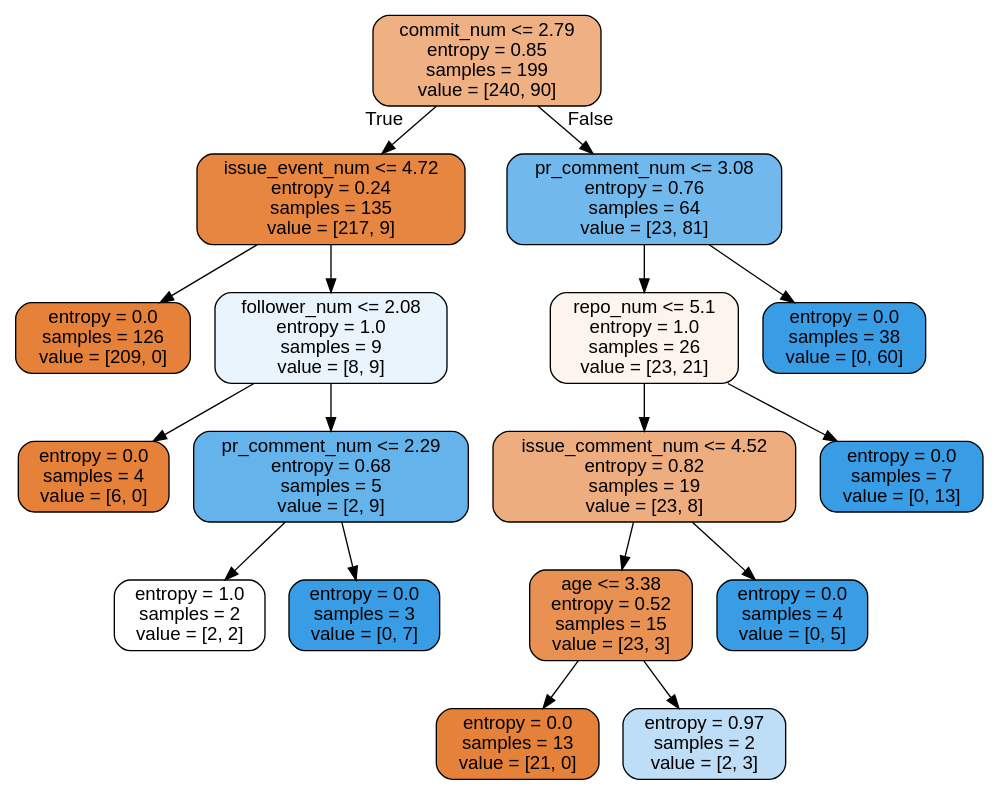
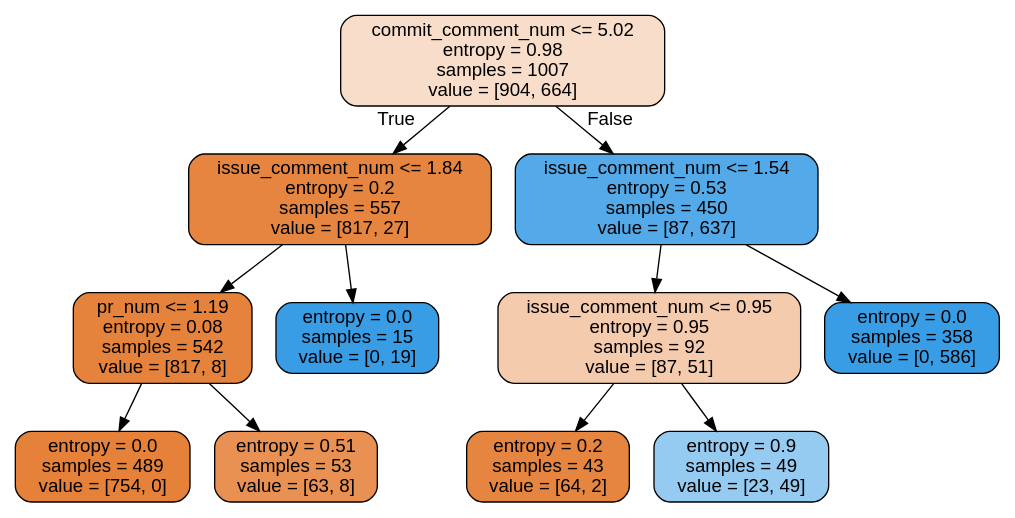
Before and after one commit to lancepokaiwang/GitHub-Recommender-System: the diagram in python37/user_cluster/user_forest_2c.dot, drawn with Graphviz. The commit also changed 21 other files, not shown here.

```diff
--- a/python37/user_cluster/user_forest_2c.dot
+++ b/python37/user_cluster/user_forest_2c.dot
@@ -1,37 +1,25 @@
 digraph Tree {
 node [shape=box, style="filled, rounded", color="black", fontname=helvetica] ;
 edge [fontname=helvetica] ;
-0 [label="commit_num <= 2.79\nentropy = 0.85\nsamples = 199\nvalue = [240, 90]", fillcolor="#efb083"] ;
-1 [label="issue_event_num <= 4.72\nentropy = 0.24\nsamples = 135\nvalue = [217, 9]", fillcolor="#e68641"] ;
+0 [label="commit_comment_num <= 5.02\nentropy = 0.98\nsamples = 1007\nvalue = [904, 664]", fillcolor="#f8deca"] ;
+1 [label="issue_comment_num <= 1.84\nentropy = 0.2\nsamples = 557\nvalue = [817, 27]", fillcolor="#e68540"] ;
 0 -> 1 [labeldistance=2.5, labelangle=45, headlabel="True"] ;
-2 [label="entropy = 0.0\nsamples = 126\nvalue = [209, 0]", fillcolor="#e58139"] ;
+2 [label="pr_num <= 1.19\nentropy = 0.08\nsamples = 542\nvalue = [817, 8]", fillcolor="#e5823b"] ;
 1 -> 2 ;
-3 [label="follower_num <= 2.08\nentropy = 1.0\nsamples = 9\nvalue = [8, 9]", fillcolor="#e9f4fc"] ;
-1 -> 3 ;
-4 [label="entropy = 0.0\nsamples = 4\nvalue = [6, 0]", fillcolor="#e58139"] ;
-3 -> 4 ;
-5 [label="pr_comment_num <= 2.29\nentropy = 0.68\nsamples = 5\nvalue = [2, 9]", fillcolor="#65b3eb"] ;
-3 -> 5 ;
-6 [label="entropy = 1.0\nsamples = 2\nvalue = [2, 2]", fillcolor="#ffffff"] ;
-5 -> 6 ;
-7 [label="entropy = 0.0\nsamples = 3\nvalue = [0, 7]", fillcolor="#399de5"] ;
-5 -> 7 ;
-8 [label="pr_comment_num <= 3.08\nentropy = 0.76\nsamples = 64\nvalue = [23, 81]", fillcolor="#71b9ec"] ;
-0 -> 8 [labeldistance=2.5, labelangle=-45, headlabel="False"] ;
-9 [label="repo_num <= 5.1\nentropy = 1.0\nsamples = 26\nvalue = [23, 21]", fillcolor="#fdf4ee"] ;
-8 -> 9 ;
-10 [label="issue_comment_num <= 4.52\nentropy = 0.82\nsamples = 19\nvalue = [23, 8]", fillcolor="#eead7e"] ;
-9 -> 10 ;
-11 [label="age <= 3.38\nentropy = 0.52\nsamples = 15\nvalue = [23, 3]", fillcolor="#e89153"] ;
-10 -> 11 ;
-12 [label="entropy = 0.0\nsamples = 13\nvalue = [21, 0]", fillcolor="#e58139"] ;
-11 -> 12 ;
-13 [label="entropy = 0.97\nsamples = 2\nvalue = [2, 3]", fillcolor="#bddef6"] ;
-11 -> 13 ;
-14 [label="entropy = 0.0\nsamples = 4\nvalue = [0, 5]", fillcolor="#399de5"] ;
-10 -> 14 ;
-15 [label="entropy = 0.0\nsamples = 7\nvalue = [0, 13]", fillcolor="#399de5"] ;
-9 -> 15 ;
-16 [label="entropy = 0.0\nsamples = 38\nvalue = [0, 60]", fillcolor="#399de5"] ;
-8 -> 16 ;
+3 [label="entropy = 0.0\nsamples = 489\nvalue = [754, 0]", fillcolor="#e58139"] ;
+2 -> 3 ;
+4 [label="entropy = 0.51\nsamples = 53\nvalue = [63, 8]", fillcolor="#e89152"] ;
+2 -> 4 ;
+5 [label="entropy = 0.0\nsamples = 15\nvalue = [0, 19]", fillcolor="#399de5"] ;
+1 -> 5 ;
+6 [label="issue_comment_num <= 1.54\nentropy = 0.53\nsamples = 450\nvalue = [87, 637]", fillcolor="#54aae9"] ;
+0 -> 6 [labeldistance=2.5, labelangle=-45, headlabel="False"] ;
+7 [label="issue_comment_num <= 0.95\nentropy = 0.95\nsamples = 92\nvalue = [87, 51]", fillcolor="#f4cbad"] ;
+6 -> 7 ;
+8 [label="entropy = 0.2\nsamples = 43\nvalue = [64, 2]", fillcolor="#e6853f"] ;
+7 -> 8 ;
+9 [label="entropy = 0.9\nsamples = 49\nvalue = [23, 49]", fillcolor="#96cbf1"] ;
+7 -> 9 ;
+10 [label="entropy = 0.0\nsamples = 358\nvalue = [0, 586]", fillcolor="#399de5"] ;
+6 -> 10 ;
 }
```
